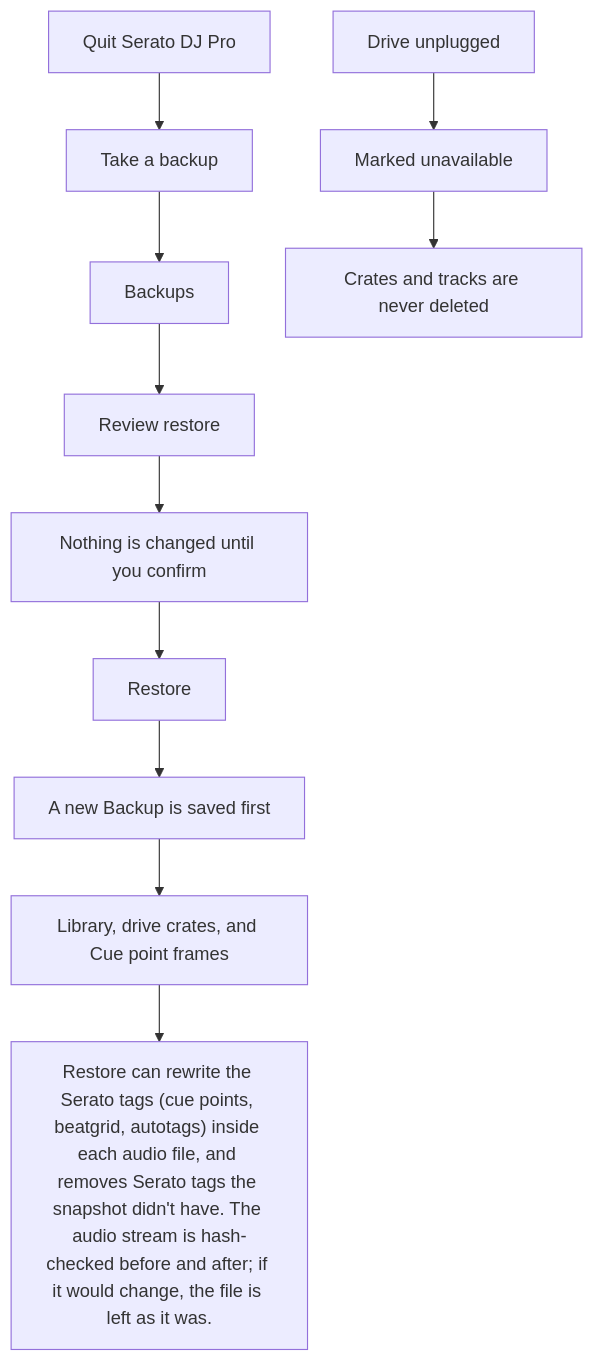
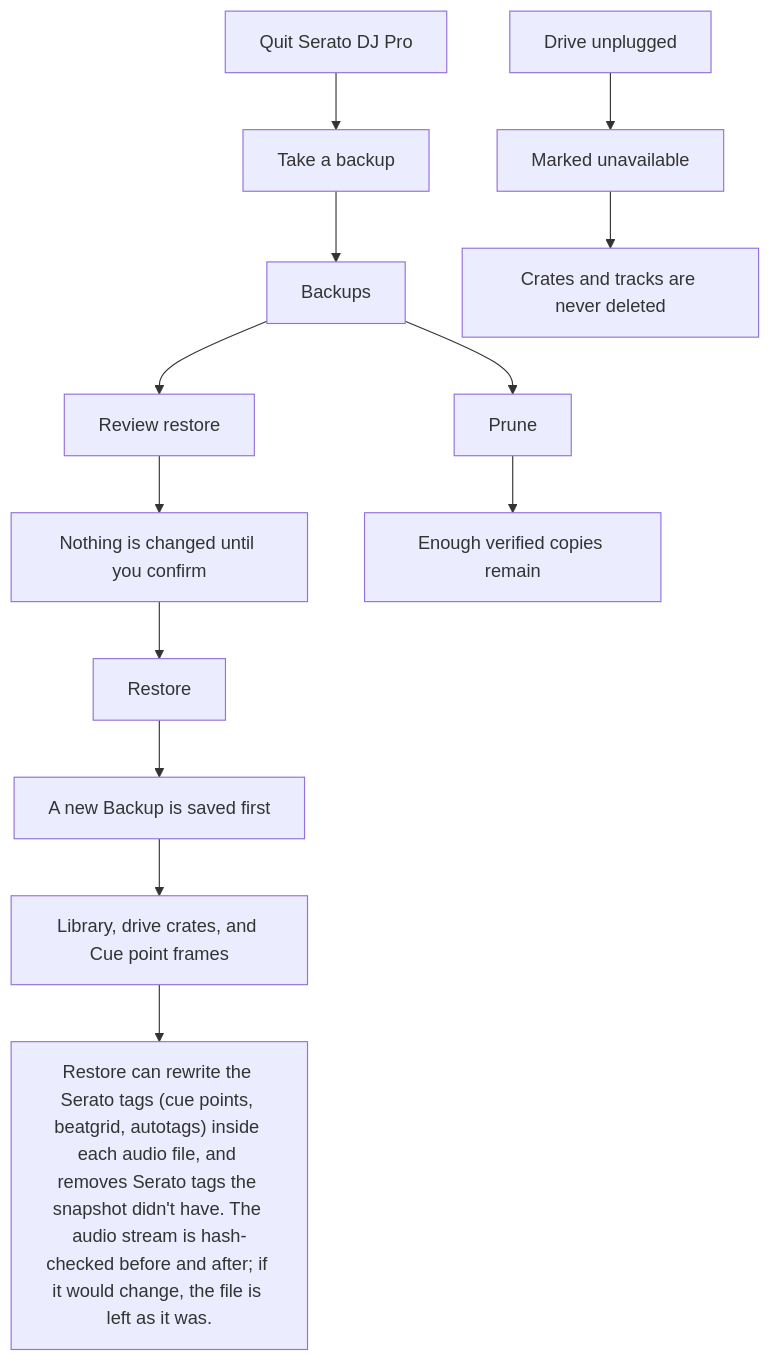
Before and after one commit to mookiejones/crateCraft: the diagram in docs/wiki/Backups-and-Restore.md, drawn with Mermaid. The commit also changed other lines of this file and 53 other files, not shown here.

First line of the commit message:
feat(copies): gate prune and duplicate delete

````diff
--- a/docs/wiki/Backups-and-Restore.md
+++ b/docs/wiki/Backups-and-Restore.md
@@ -12,13 +12,15 @@
 ```mermaid
 flowchart TD
   quit["Quit Serato DJ Pro"] --> take["Take a backup"]
   take --> list["Backups"]
   list --> review["Review restore"]
   review --> plan["Nothing is changed until you confirm"]
   plan --> confirm["Restore"]
   confirm --> pre["A new Backup is saved first"]
   pre --> put["Library, drive crates, and Cue point frames"]
   put --> audio["Restore can rewrite the Serato tags (cue points, beatgrid, autotags) inside each audio file, and removes Serato tags the snapshot didn't have. The audio stream is hash-checked before and after; if it would change, the file is left as it was."]
+  list --> prune["Prune"]
+  prune --> copies["Enough verified copies remain"]
   unplug["Drive unplugged"] --> mark["Marked unavailable"]
   mark --> keep["Crates and tracks are never deleted"]
 ```
````
